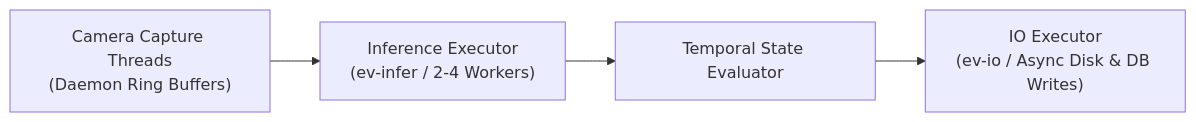
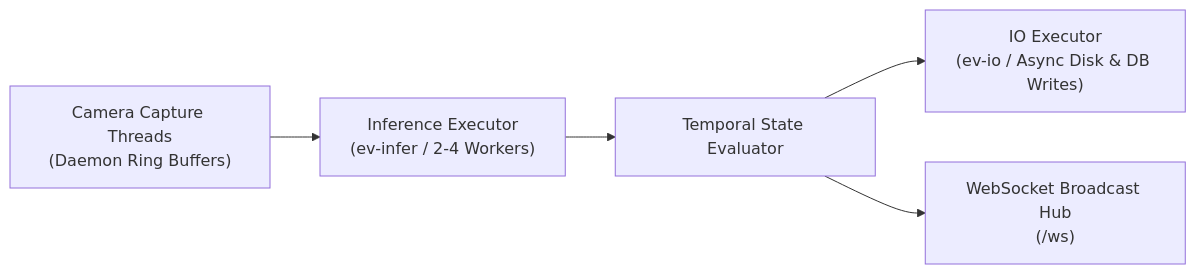
The diagram in docs/performance_optimization.md (sowmiyan-s/PPE-Detection-and-Management-System), drawn with Mermaid before and after one commit. The commit also changed other lines of this file and 16 other files, not shown here.

````diff
--- a/docs/performance_optimization.md
+++ b/docs/performance_optimization.md
@@ -16,6 +21,7 @@
 ```mermaid
 flowchart LR
     A["Camera Capture Threads<br>(Daemon Ring Buffers)"] --> B["Inference Executor<br>(ev-infer / 2-4 Workers)"]
     B --> C["Temporal State Evaluator"]
     C --> D["IO Executor<br>(ev-io / Async Disk & DB Writes)"]
+    C --> E["WebSocket Broadcast Hub<br>(/ws)"]
 ```
````
